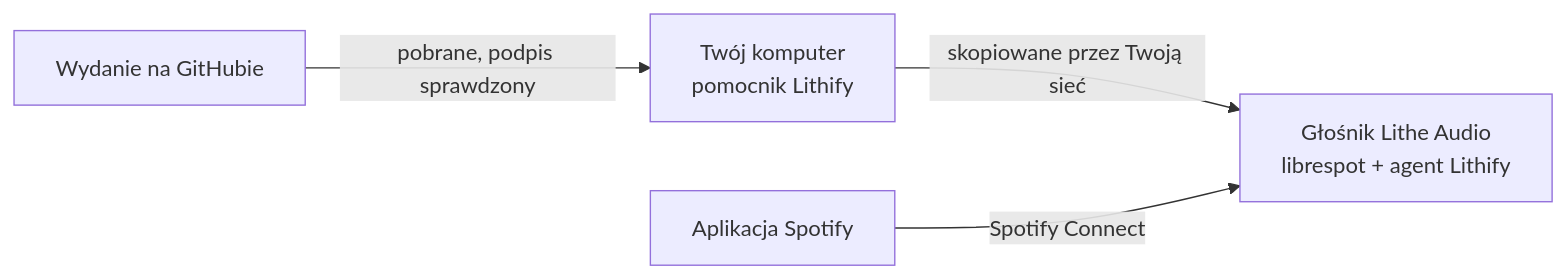
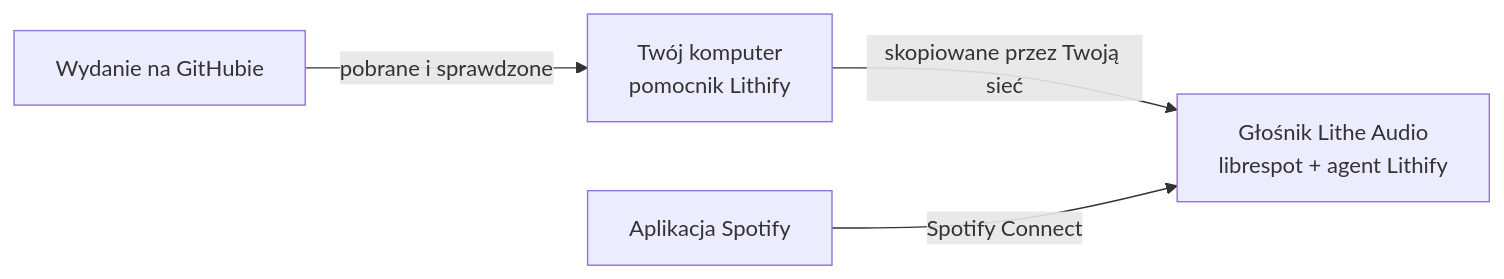
Before and after one commit to TomaszKondraciuk/lithify: the diagram in docs/pl/README.md, drawn with Mermaid. The commit also changed other lines of this file and 11 other files, not shown here.

````diff
--- a/docs/pl/README.md
+++ b/docs/pl/README.md
@@ -137,6 +136,6 @@
 ```mermaid
 flowchart LR
-    release["Wydanie na GitHubie"] -- "pobrane, podpis sprawdzony" --> computer["Twój komputer<br>pomocnik Lithify"]
+    release["Wydanie na GitHubie"] -- "pobrane i sprawdzone" --> computer["Twój komputer<br>pomocnik Lithify"]
     computer -- "skopiowane przez Twoją sieć" --> speaker["Głośnik Lithe Audio<br>librespot + agent Lithify"]
     app["Aplikacja Spotify"] -- "Spotify Connect" --> speaker
 ```
````
